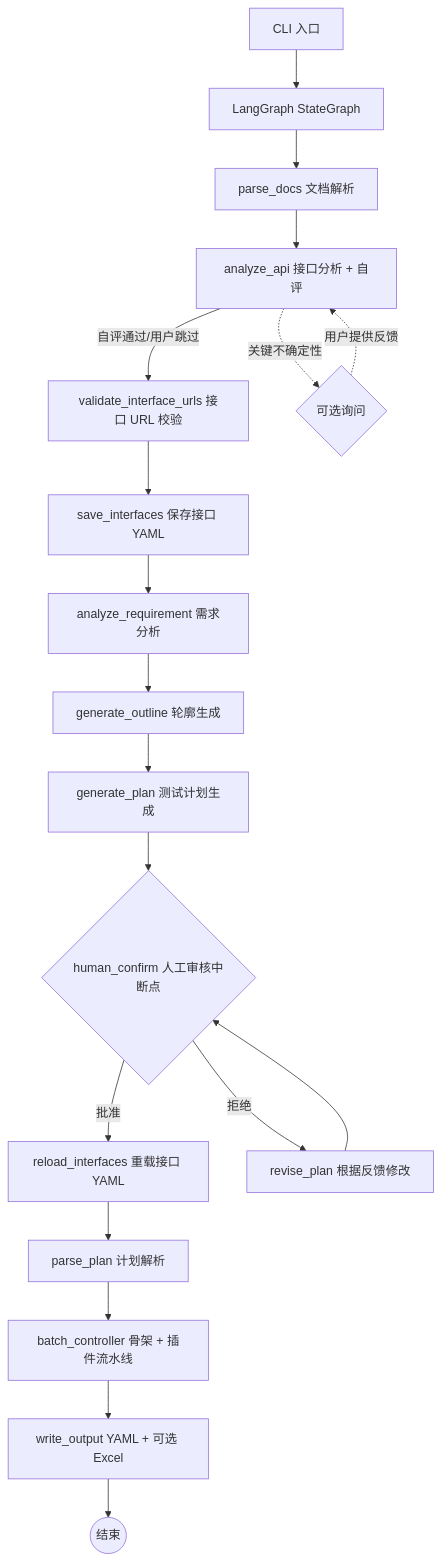
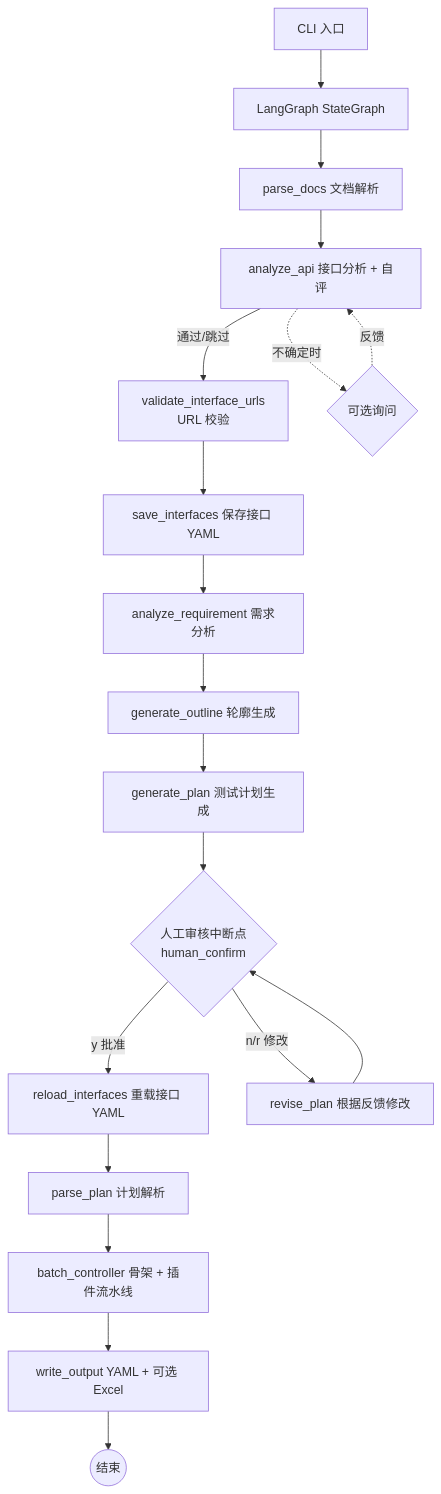
One commit to Remon-16/flow-forge changed the diagram in agent/docs/how-it-works.md. Above: the diagram before and after it, drawn with Mermaid. The commit also changed 11 other files, not shown here.

````diff
--- a/agent/docs/how-it-works.md
+++ b/agent/docs/how-it-works.md
@@ -13,20 +13,20 @@
 ```mermaid
 graph TD
     CLI[CLI 入口] --> GRAPH[LangGraph StateGraph]
     GRAPH --> PARSE[parse_docs 文档解析]
     PARSE --> ANALYZE_API[analyze_api 接口分析 + 自评]
-    ANALYZE_API -->|自评通过/用户跳过| VALIDATE_URLS[validate_interface_urls 接口 URL 校验]
-    ANALYZE_API -.->|关键不确定性| API_ASK{可选询问}
-    API_ASK -.->|用户提供反馈| ANALYZE_API
+    ANALYZE_API -->|通过/跳过| VALIDATE_URLS[validate_interface_urls<br/>URL 校验]
+    ANALYZE_API -.->|不确定时| API_ASK{可选询问}
+    API_ASK -.->|反馈| ANALYZE_API
     VALIDATE_URLS --> SAVE_IFACES[save_interfaces 保存接口 YAML]
     SAVE_IFACES --> ANALYZE_REQ[analyze_requirement 需求分析]
     ANALYZE_REQ --> GEN_OUTLINE[generate_outline 轮廓生成] --> GEN_PLAN[generate_plan 测试计划生成]
-    GEN_PLAN --> CONFIRM{human_confirm 人工审核中断点}
-    CONFIRM -->|批准| RELOAD_IFACES[reload_interfaces 重载接口 YAML]
-    CONFIRM -->|拒绝| REVISE[revise_plan 根据反馈修改]
+    GEN_PLAN --> CONFIRM{人工审核中断点<br/>human_confirm}
+    CONFIRM -->|y 批准| RELOAD_IFACES[reload_interfaces 重载接口 YAML]
+    CONFIRM -->|n/r 修改| REVISE[revise_plan 根据反馈修改]
     REVISE --> CONFIRM
     RELOAD_IFACES --> PARSE_PLAN[parse_plan 计划解析]
     PARSE_PLAN --> BATCH[batch_controller 骨架 + 插件流水线]
     BATCH --> WRITE[write_output YAML + 可选 Excel]
     WRITE --> END((结束))
 ```
````
